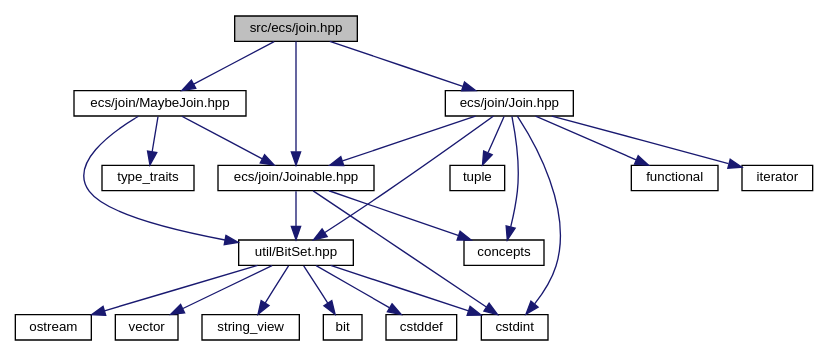
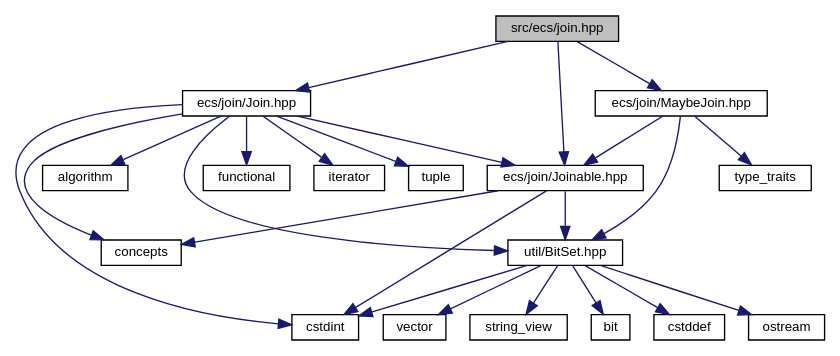
One commit to MisterPeModder/Bomberman-Global-Offensive changed the diagram in _join_8hpp__incl.dot. Above: the diagram before and after it, drawn with Graphviz. The commit also changed 9 other files, not shown here.

Commit message:
Deploying to gh-pages from @ MisterPeModder/Bomberman-Global-Offensive@19838c28f0ca80bac25bb30fcfb9eb70599cbd6f 🚀

```diff
--- a/_join_8hpp__incl.dot
+++ b/_join_8hpp__incl.dot
@@ -1,44 +1,46 @@
 digraph "src/ecs/join.hpp"
 {
  // LATEX_PDF_SIZE
   edge [fontname="Helvetica",fontsize="10",labelfontname="Helvetica",labelfontsize="10"];
   node [fontname="Helvetica",fontsize="10",shape=record];
   Node1 [label="src/ecs/join.hpp",height=0.2,width=0.4,color="black", fillcolor="grey75", style="filled", fontcolor="black",tooltip=" "];
   Node1 -> Node2 [color="midnightblue",fontsize="10",style="solid",fontname="Helvetica"];
   Node2 [label="ecs/join/Join.hpp",height=0.2,width=0.4,color="black", fillcolor="white", style="filled",URL="$join_2_join_8hpp.html",tooltip=" "];
   Node2 -> Node3 [color="midnightblue",fontsize="10",style="solid",fontname="Helvetica"];
   Node3 [label="ecs/join/Joinable.hpp",height=0.2,width=0.4,color="black", fillcolor="white", style="filled",URL="$_joinable_8hpp.html",tooltip=" "];
   Node3 -> Node4 [color="midnightblue",fontsize="10",style="solid",fontname="Helvetica"];
   Node4 [label="util/BitSet.hpp",height=0.2,width=0.4,color="black", fillcolor="white", style="filled",URL="$_bit_set_8hpp.html",tooltip=" "];
   Node4 -> Node5 [color="midnightblue",fontsize="10",style="solid",fontname="Helvetica"];
   Node5 [label="bit",height=0.2,width=0.4,color="black", fillcolor="white", style="filled",URL="/home/runner/work/Bomberman-Global-Offensive/Bomberman-Global-Offensive/doc/external/cppreference-doxygen-web.tag.xml$cpp/header/bit.html",tooltip=" "];
   Node4 -> Node6 [color="midnightblue",fontsize="10",style="solid",fontname="Helvetica"];
   Node6 [label="cstddef",height=0.2,width=0.4,color="black", fillcolor="white", style="filled",URL="/home/runner/work/Bomberman-Global-Offensive/Bomberman-Global-Offensive/doc/external/cppreference-doxygen-web.tag.xml$cpp/header/cstddef.html",tooltip=" "];
   Node4 -> Node7 [color="midnightblue",fontsize="10",style="solid",fontname="Helvetica"];
   Node7 [label="cstdint",height=0.2,width=0.4,color="black", fillcolor="white", style="filled",URL="/home/runner/work/Bomberman-Global-Offensive/Bomberman-Global-Offensive/doc/external/cppreference-doxygen-web.tag.xml$cpp/header/cstdint.html",tooltip=" "];
   Node4 -> Node8 [color="midnightblue",fontsize="10",style="solid",fontname="Helvetica"];
   Node8 [label="ostream",height=0.2,width=0.4,color="black", fillcolor="white", style="filled",URL="/home/runner/work/Bomberman-Global-Offensive/Bomberman-Global-Offensive/doc/external/cppreference-doxygen-web.tag.xml$cpp/header/ostream.html",tooltip=" "];
   Node4 -> Node9 [color="midnightblue",fontsize="10",style="solid",fontname="Helvetica"];
   Node9 [label="vector",height=0.2,width=0.4,color="black", fillcolor="white", style="filled",URL="/home/runner/work/Bomberman-Global-Offensive/Bomberman-Global-Offensive/doc/external/cppreference-doxygen-web.tag.xml$cpp/header/vector.html",tooltip=" "];
   Node4 -> Node10 [color="midnightblue",fontsize="10",style="solid",fontname="Helvetica"];
   Node10 [label="string_view",height=0.2,width=0.4,color="black", fillcolor="white", style="filled",URL="/home/runner/work/Bomberman-Global-Offensive/Bomberman-Global-Offensive/doc/external/cppreference-doxygen-web.tag.xml$cpp/header/string_view.html",tooltip=" "];
   Node3 -> Node11 [color="midnightblue",fontsize="10",style="solid",fontname="Helvetica"];
   Node11 [label="concepts",height=0.2,width=0.4,color="black", fillcolor="white", style="filled",URL="/home/runner/work/Bomberman-Global-Offensive/Bomberman-Global-Offensive/doc/external/cppreference-doxygen-web.tag.xml$cpp/header/concepts.html",tooltip=" "];
   Node3 -> Node7 [color="midnightblue",fontsize="10",style="solid",fontname="Helvetica"];
   Node2 -> Node4 [color="midnightblue",fontsize="10",style="solid",fontname="Helvetica"];
+  Node2 -> Node12 [color="midnightblue",fontsize="10",style="solid",fontname="Helvetica"];
+  Node12 [label="algorithm",height=0.2,width=0.4,color="black", fillcolor="white", style="filled",URL="/home/runner/work/Bomberman-Global-Offensive/Bomberman-Global-Offensive/doc/external/cppreference-doxygen-web.tag.xml$cpp/header/algorithm.html",tooltip=" "];
   Node2 -> Node11 [color="midnightblue",fontsize="10",style="solid",fontname="Helvetica"];
   Node2 -> Node7 [color="midnightblue",fontsize="10",style="solid",fontname="Helvetica"];
-  Node2 -> Node12 [color="midnightblue",fontsize="10",style="solid",fontname="Helvetica"];
-  Node12 [label="functional",height=0.2,width=0.4,color="black", fillcolor="white", style="filled",URL="/home/runner/work/Bomberman-Global-Offensive/Bomberman-Global-Offensive/doc/external/cppreference-doxygen-web.tag.xml$cpp/header/functional.html",tooltip=" "];
   Node2 -> Node13 [color="midnightblue",fontsize="10",style="solid",fontname="Helvetica"];
-  Node13 [label="iterator",height=0.2,width=0.4,color="black", fillcolor="white", style="filled",URL="/home/runner/work/Bomberman-Global-Offensive/Bomberman-Global-Offensive/doc/external/cppreference-doxygen-web.tag.xml$cpp/header/iterator.html",tooltip=" "];
+  Node13 [label="functional",height=0.2,width=0.4,color="black", fillcolor="white", style="filled",URL="/home/runner/work/Bomberman-Global-Offensive/Bomberman-Global-Offensive/doc/external/cppreference-doxygen-web.tag.xml$cpp/header/functional.html",tooltip=" "];
   Node2 -> Node14 [color="midnightblue",fontsize="10",style="solid",fontname="Helvetica"];
-  Node14 [label="tuple",height=0.2,width=0.4,color="black", fillcolor="white", style="filled",URL="/home/runner/work/Bomberman-Global-Offensive/Bomberman-Global-Offensive/doc/external/cppreference-doxygen-web.tag.xml$cpp/header/tuple.html",tooltip=" "];
+  Node14 [label="iterator",height=0.2,width=0.4,color="black", fillcolor="white", style="filled",URL="/home/runner/work/Bomberman-Global-Offensive/Bomberman-Global-Offensive/doc/external/cppreference-doxygen-web.tag.xml$cpp/header/iterator.html",tooltip=" "];
+  Node2 -> Node15 [color="midnightblue",fontsize="10",style="solid",fontname="Helvetica"];
+  Node15 [label="tuple",height=0.2,width=0.4,color="black", fillcolor="white", style="filled",URL="/home/runner/work/Bomberman-Global-Offensive/Bomberman-Global-Offensive/doc/external/cppreference-doxygen-web.tag.xml$cpp/header/tuple.html",tooltip=" "];
   Node1 -> Node3 [color="midnightblue",fontsize="10",style="solid",fontname="Helvetica"];
-  Node1 -> Node15 [color="midnightblue",fontsize="10",style="solid",fontname="Helvetica"];
-  Node15 [label="ecs/join/MaybeJoin.hpp",height=0.2,width=0.4,color="black", fillcolor="white", style="filled",URL="$_maybe_join_8hpp.html",tooltip=" "];
-  Node15 -> Node3 [color="midnightblue",fontsize="10",style="solid",fontname="Helvetica"];
-  Node15 -> Node4 [color="midnightblue",fontsize="10",style="solid",fontname="Helvetica"];
-  Node15 -> Node16 [color="midnightblue",fontsize="10",style="solid",fontname="Helvetica"];
-  Node16 [label="type_traits",height=0.2,width=0.4,color="black", fillcolor="white", style="filled",URL="/home/runner/work/Bomberman-Global-Offensive/Bomberman-Global-Offensive/doc/external/cppreference-doxygen-web.tag.xml$cpp/header/type_traits.html",tooltip=" "];
+  Node1 -> Node16 [color="midnightblue",fontsize="10",style="solid",fontname="Helvetica"];
+  Node16 [label="ecs/join/MaybeJoin.hpp",height=0.2,width=0.4,color="black", fillcolor="white", style="filled",URL="$_maybe_join_8hpp.html",tooltip=" "];
+  Node16 -> Node3 [color="midnightblue",fontsize="10",style="solid",fontname="Helvetica"];
+  Node16 -> Node4 [color="midnightblue",fontsize="10",style="solid",fontname="Helvetica"];
+  Node16 -> Node17 [color="midnightblue",fontsize="10",style="solid",fontname="Helvetica"];
+  Node17 [label="type_traits",height=0.2,width=0.4,color="black", fillcolor="white", style="filled",URL="/home/runner/work/Bomberman-Global-Offensive/Bomberman-Global-Offensive/doc/external/cppreference-doxygen-web.tag.xml$cpp/header/type_traits.html",tooltip=" "];
 }
```
